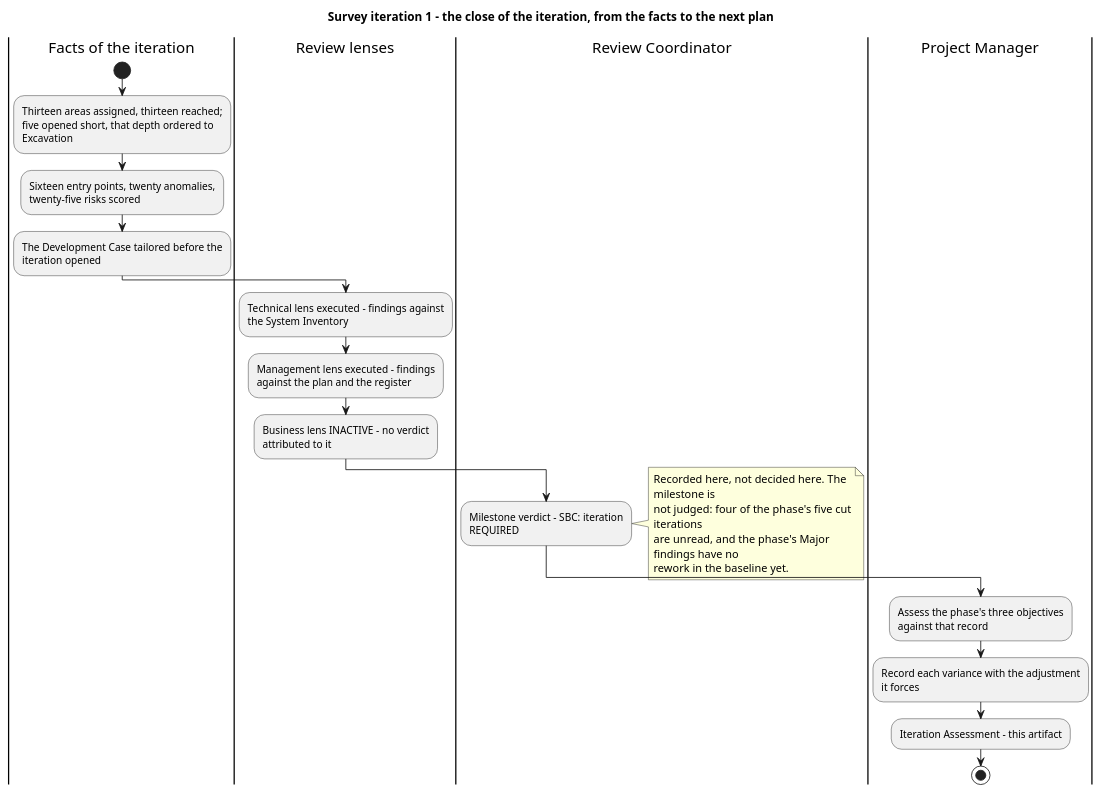
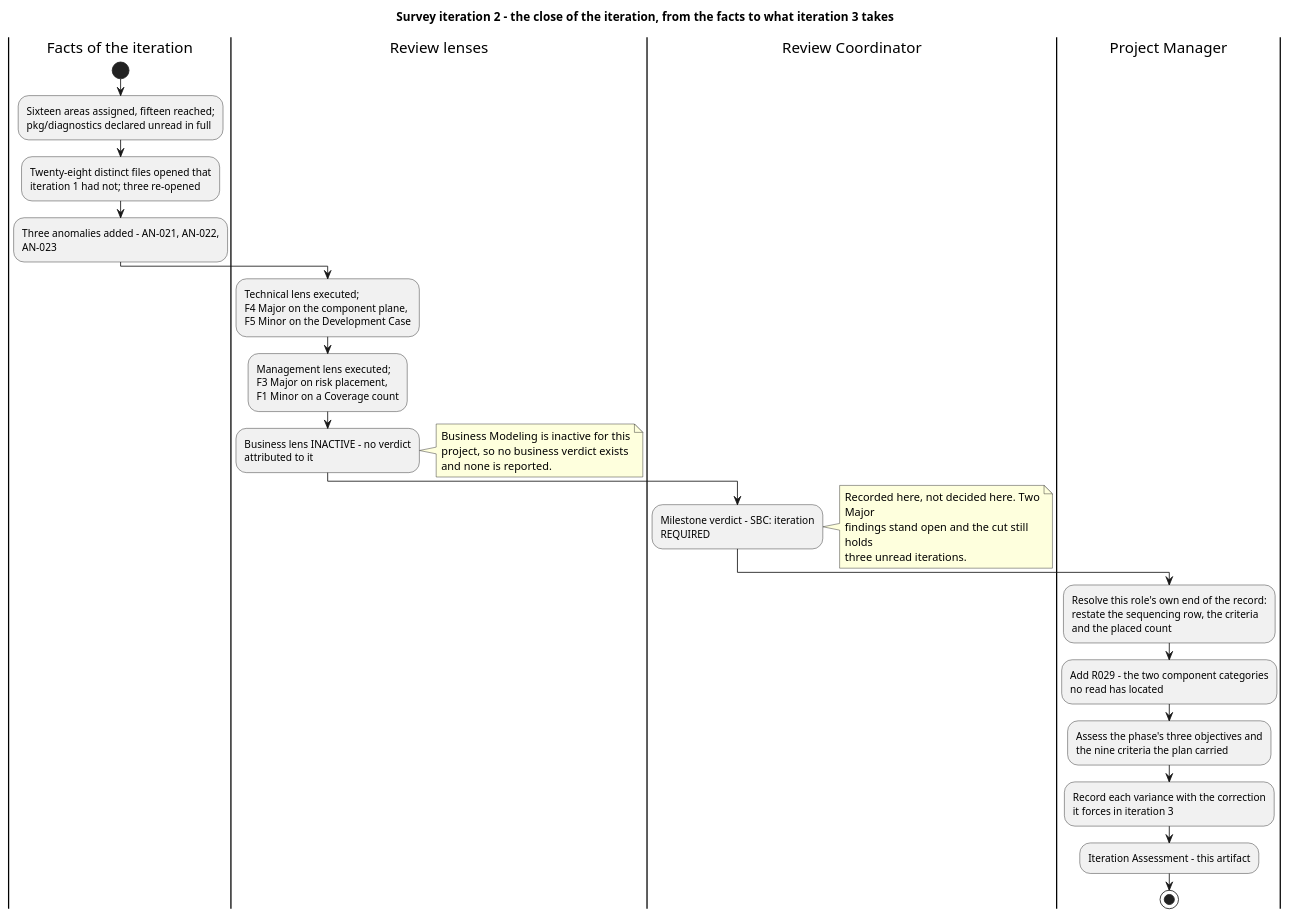
One commit to banense-test/dapr changed the first of 3 diagrams in docs/artifacts/project-management/iteration-assessment.md. Above: the diagram before and after it, drawn with PlantUML. The commit also changed other lines of this file, not shown here.

Commit message:
Project Manager [Survey2]: upsert Iteration Assessment
[skip ci]

````diff
--- a/docs/artifacts/project-management/iteration-assessment.md
+++ b/docs/artifacts/project-management/iteration-assessment.md
@@ -24,29 +25,35 @@
 ```plantuml
 @startuml
-title Survey iteration 1 - the close of the iteration, from the facts to the next plan
+title Survey iteration 2 - the close of the iteration, from the facts to what iteration 3 takes
 skinparam wrapWidth 240
 
 |Facts of the iteration|
 start
-:Thirteen areas assigned, thirteen reached;\nfive opened short, that depth ordered to Excavation;
-:Sixteen entry points, twenty anomalies, twenty-five risks scored;
-:The Development Case tailored before the iteration opened;
+:Sixteen areas assigned, fifteen reached;\npkg/diagnostics declared unread in full;
+:Twenty-eight distinct files opened that\niteration 1 had not; three re-opened;
+:Three anomalies added - AN-021, AN-022, AN-023;
 |Review lenses|
-:Technical lens executed - findings against the System Inventory;
-:Management lens executed - findings against the plan and the register;
+:Technical lens executed;\nF4 Major on the component plane,\nF5 Minor on the Development Case;
+:Management lens executed;\nF3 Major on risk placement,\nF1 Minor on a Coverage count;
 :Business lens INACTIVE - no verdict attributed to it;
+note right
+  Business Modeling is inactive for this
+  project, so no business verdict exists
+  and none is reported.
+end note
 |Review Coordinator|
 :Milestone verdict - SBC: iteration REQUIRED;
 note right
-  Recorded here, not decided here. The milestone is
-  not judged: four of the phase's five cut iterations
-  are unread, and the phase's Major findings have no
-  rework in the baseline yet.
+  Recorded here, not decided here. Two Major
+  findings stand open and the cut still holds
+  three unread iterations.
 end note
 |Project Manager|
-:Assess the phase's three objectives against that record;
-:Record each variance with the adjustment it forces;
+:Resolve this role's own end of the record:\nrestate the sequencing row, the criteria\nand the placed count;
+:Add R029 - the two component categories\nno read has located;
+:Assess the phase's three objectives and\nthe nine criteria the plan carried;
+:Record each variance with the correction\nit forces in iteration 3;
 :Iteration Assessment - this artifact;
 stop
 @enduml
 ```
````
